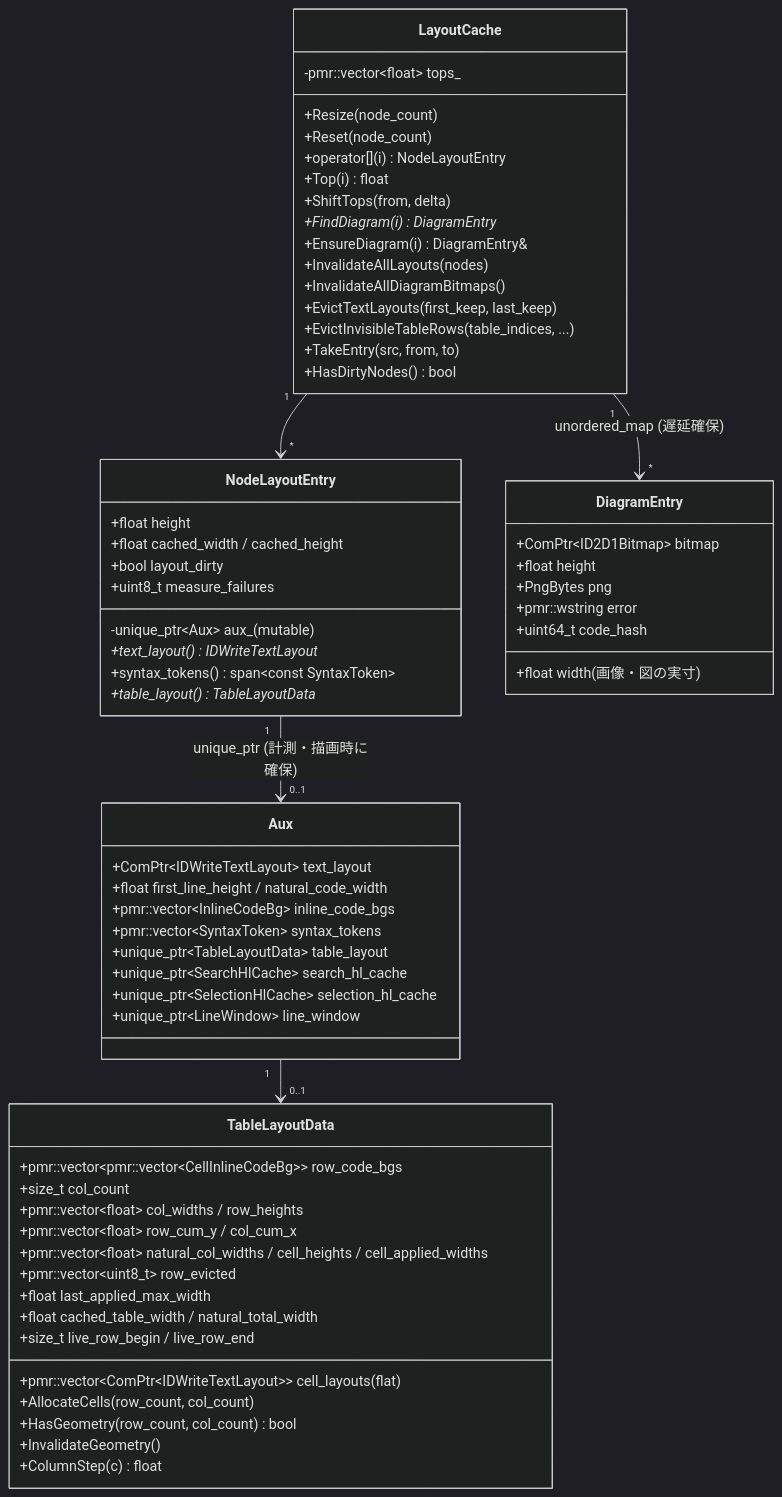
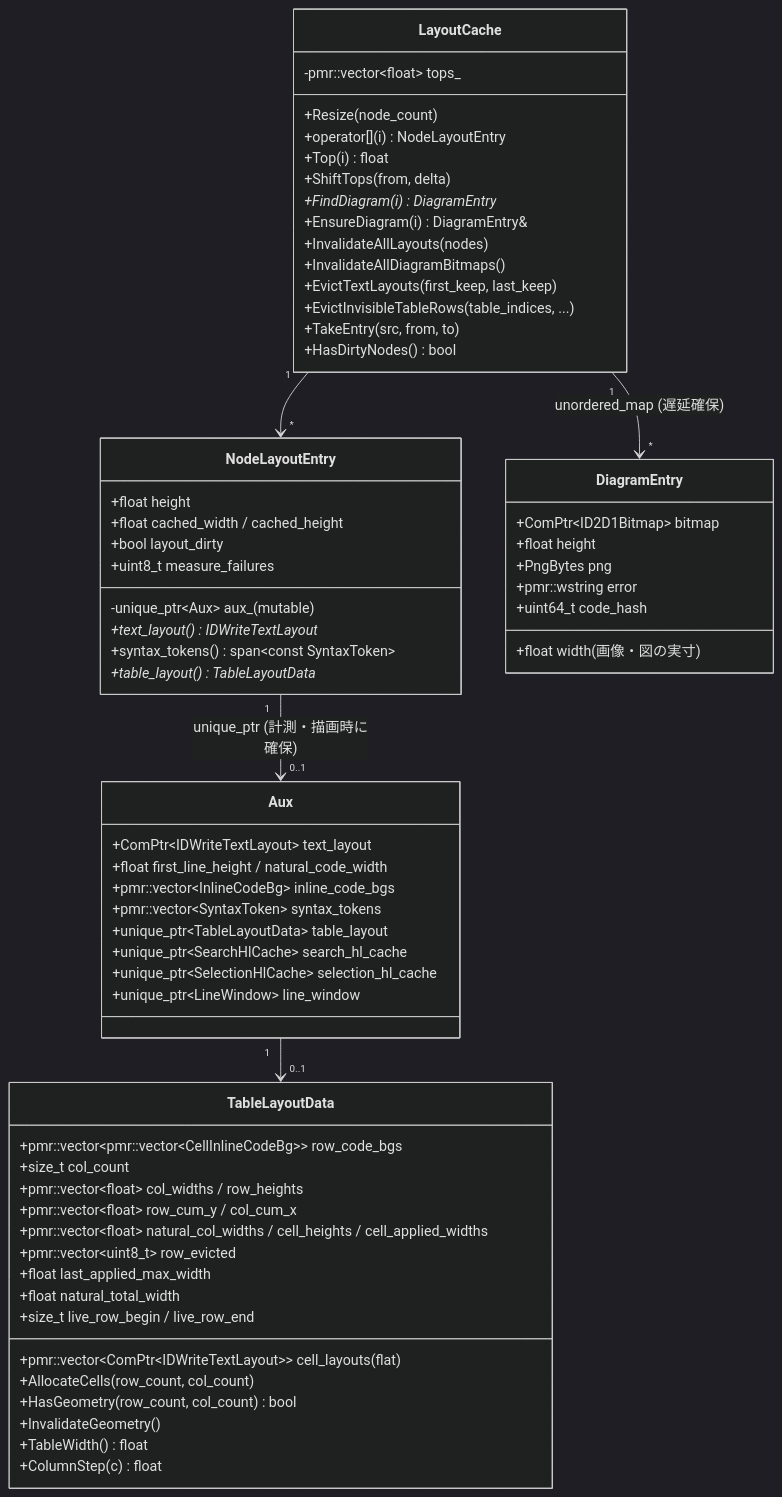
Diagram 16 of 27 in example/test.md (tanaton/mendo), drawn with Mermaid (dark theme) before and after one commit. The commit also changed other lines of this file and 92 other files, not shown here.

````diff
--- a/example/test.md
+++ b/example/test.md
@@ -2933,72 +2937,72 @@
 ```mermaid
 classDiagram
     class LayoutCache {
         +Resize(node_count)
-        +Reset(node_count)
         +operator[](i) NodeLayoutEntry
         +Top(i) float
         +ShiftTops(from, delta)
         +FindDiagram(i) DiagramEntry*
         +EnsureDiagram(i) DiagramEntry&
         +InvalidateAllLayouts(nodes)
         +InvalidateAllDiagramBitmaps()
         +EvictTextLayouts(first_keep, last_keep)
         +EvictInvisibleTableRows(table_indices, ...)
         +TakeEntry(src, from, to)
         +HasDirtyNodes() bool
         -pmr::vector~float~ tops_
     }
 
     class NodeLayoutEntry {
         +float height
         +float cached_width / cached_height
         +bool layout_dirty
         +uint8_t measure_failures
         -unique_ptr~Aux~ aux_ (mutable)
         +text_layout() IDWriteTextLayout*
         +syntax_tokens() span~const SyntaxToken~
         +table_layout() TableLayoutData*
     }
 
     class Aux {
         +ComPtr~IDWriteTextLayout~ text_layout
         +float first_line_height / natural_code_width
         +pmr::vector~InlineCodeBg~ inline_code_bgs
         +pmr::vector~SyntaxToken~ syntax_tokens
         +unique_ptr~TableLayoutData~ table_layout
         +unique_ptr~SearchHlCache~ search_hl_cache
         +unique_ptr~SelectionHlCache~ selection_hl_cache
         +unique_ptr~LineWindow~ line_window
     }
 
     class TableLayoutData {
         +pmr::vector~ComPtr~IDWriteTextLayout~~ cell_layouts (flat)
         +pmr::vector~pmr::vector~CellInlineCodeBg~~ row_code_bgs
         +size_t col_count
         +pmr::vector~float~ col_widths / row_heights
         +pmr::vector~float~ row_cum_y / col_cum_x
         +pmr::vector~float~ natural_col_widths / cell_heights / cell_applied_widths
         +pmr::vector~uint8_t~ row_evicted
         +float last_applied_max_width
-        +float cached_table_width / natural_total_width
+        +float natural_total_width
         +size_t live_row_begin / live_row_end
         +AllocateCells(row_count, col_count)
         +HasGeometry(row_count, col_count) bool
         +InvalidateGeometry()
+        +TableWidth() float
         +ColumnStep(c) float
     }
 
     class DiagramEntry {
         +ComPtr~ID2D1Bitmap~ bitmap
         +float width (画像・図の実寸)
         +float height
         +PngBytes png
         +pmr::wstring error
         +uint64_t code_hash
     }
 
     LayoutCache "1" --> "*" NodeLayoutEntry
     LayoutCache "1" --> "*" DiagramEntry : unordered_map (遅延確保)
     NodeLayoutEntry "1" --> "0..1" Aux : unique_ptr (計測・描画時に確保)
     Aux "1" --> "0..1" TableLayoutData
 ```
````
